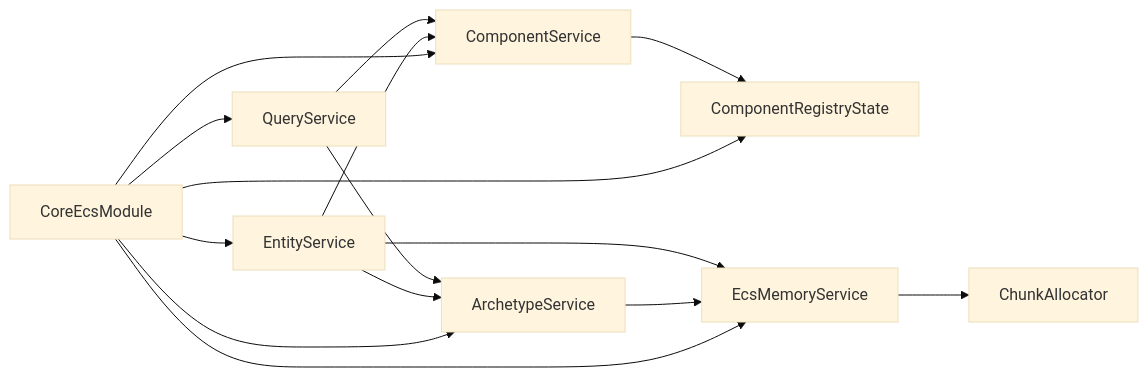
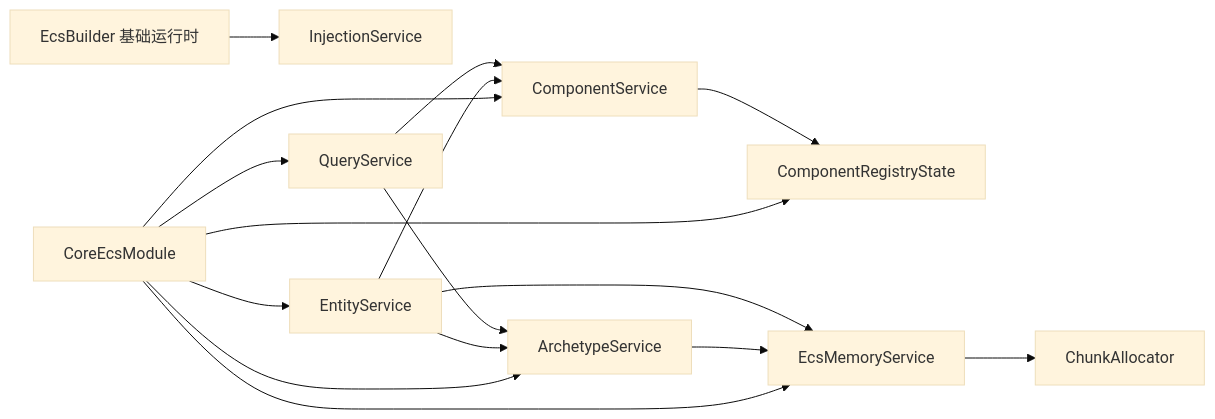
Before and after one commit to 465089258/zero-ecs: the third of 12 diagrams in docs/architecture.md, drawn with Mermaid (base theme). The commit also changed other lines of this file and 17 other files, not shown here.

````diff
--- a/docs/architecture.md
+++ b/docs/architecture.md
@@ -65,18 +69,19 @@
 ```mermaid
 flowchart LR
+    Runtime["EcsBuilder 基础运行时"] --> Injection["InjectionService"]
     Core["CoreEcsModule"] --> RegistryState["ComponentRegistryState"]
     Core --> Memory["EcsMemoryService"]
     Core --> Components["ComponentService"]
     Core --> ArchetypeService["ArchetypeService"]
     Core --> EntityService["EntityService"]
     Core --> Queries["QueryService"]
 
     Components --> RegistryState
     Memory --> Allocator["ChunkAllocator"]
     ArchetypeService --> Memory
     EntityService --> Memory
     EntityService --> ArchetypeService
     EntityService --> Components
     Queries --> Components
     Queries --> ArchetypeService
 ```
````
